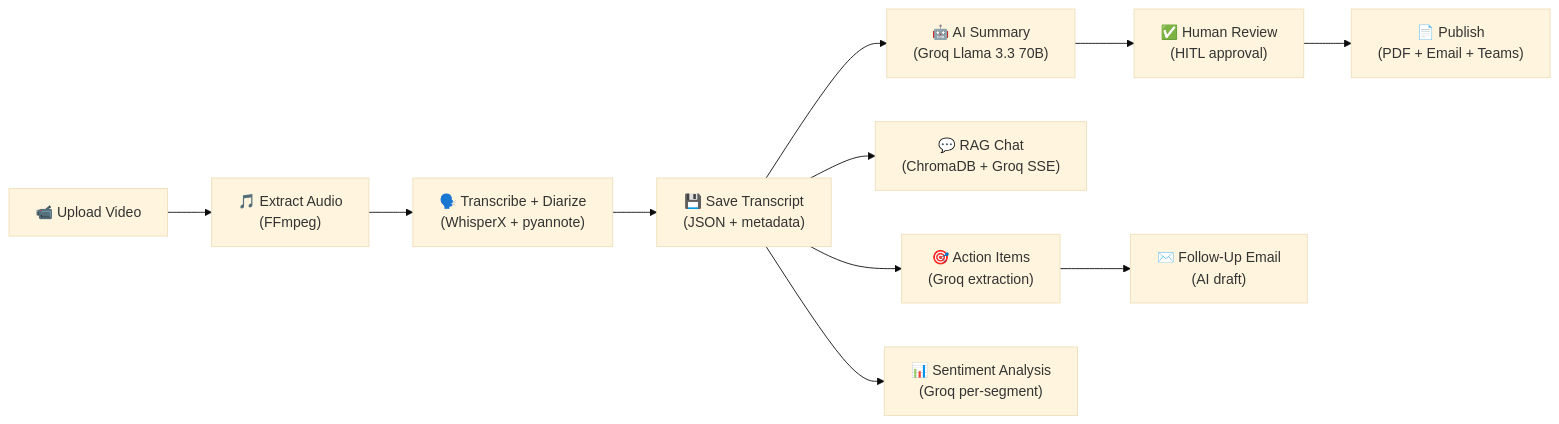
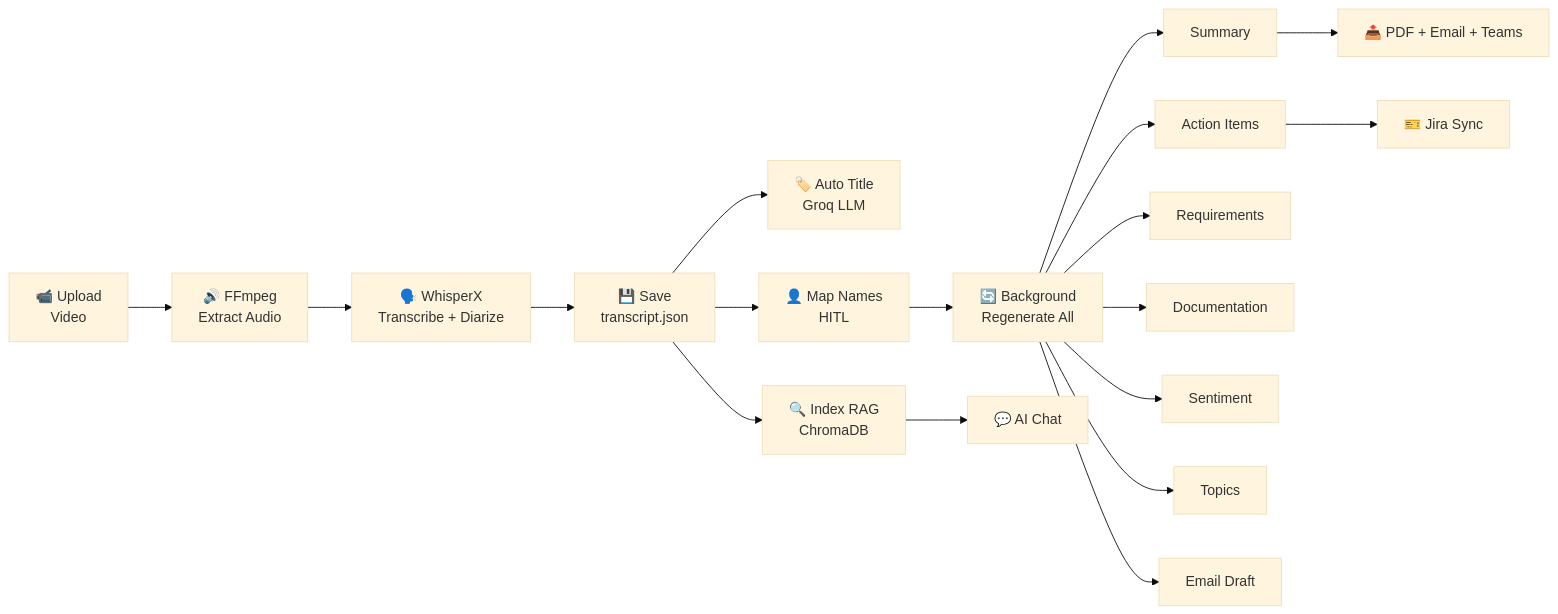
One commit to pawanuikey06/ContextIQ changed the second of 6 diagrams in README.md. Above: the diagram before and after it, drawn with Mermaid (base theme). The commit also changed other lines of this file, not shown here.

````diff
--- a/README.md
+++ b/README.md
@@ -337,13 +83,20 @@
 ```mermaid
 flowchart LR
-    A["📹 Upload Video"] --> B["🎵 Extract Audio<br/>(FFmpeg)"]
-    B --> C["🗣️ Transcribe + Diarize<br/>(WhisperX + pyannote)"]
-    C --> D["💾 Save Transcript<br/>(JSON + metadata)"]
-    D --> E["🤖 AI Summary<br/>(Groq Llama 3.3 70B)"]
-    D --> F["💬 RAG Chat<br/>(ChromaDB + Groq SSE)"]
-    D --> G["🎯 Action Items<br/>(Groq extraction)"]
-    D --> H["📊 Sentiment Analysis<br/>(Groq per-segment)"]
-    E --> I["✅ Human Review<br/>(HITL approval)"]
-    G --> J["✉️ Follow-Up Email<br/>(AI draft)"]
-    I --> K["📄 Publish<br/>(PDF + Email + Teams)"]
+    A["📹 Upload<br/>Video"] --> B["🔊 FFmpeg<br/>Extract Audio"]
+    B --> C["🗣️ WhisperX<br/>Transcribe + Diarize"]
+    C --> D["💾 Save<br/>transcript.json"]
+    D --> E["🏷️ Auto Title<br/>Groq LLM"]
+    D --> F["🔍 Index RAG<br/>ChromaDB"]
+    D --> G["👤 Map Names<br/>HITL"]
+    G --> H["🔄 Background<br/>Regenerate All"]
+    H --> S1["Summary"]
+    H --> S2["Action Items"]
+    H --> S3["Requirements"]
+    H --> S4["Documentation"]
+    H --> S5["Sentiment"]
+    H --> S6["Topics"]
+    H --> S7["Email Draft"]
+    S2 --> J["🎫 Jira Sync"]
+    S1 --> P["📤 PDF + Email + Teams"]
+    F --> C2["💬 AI Chat"]
 ```
````
